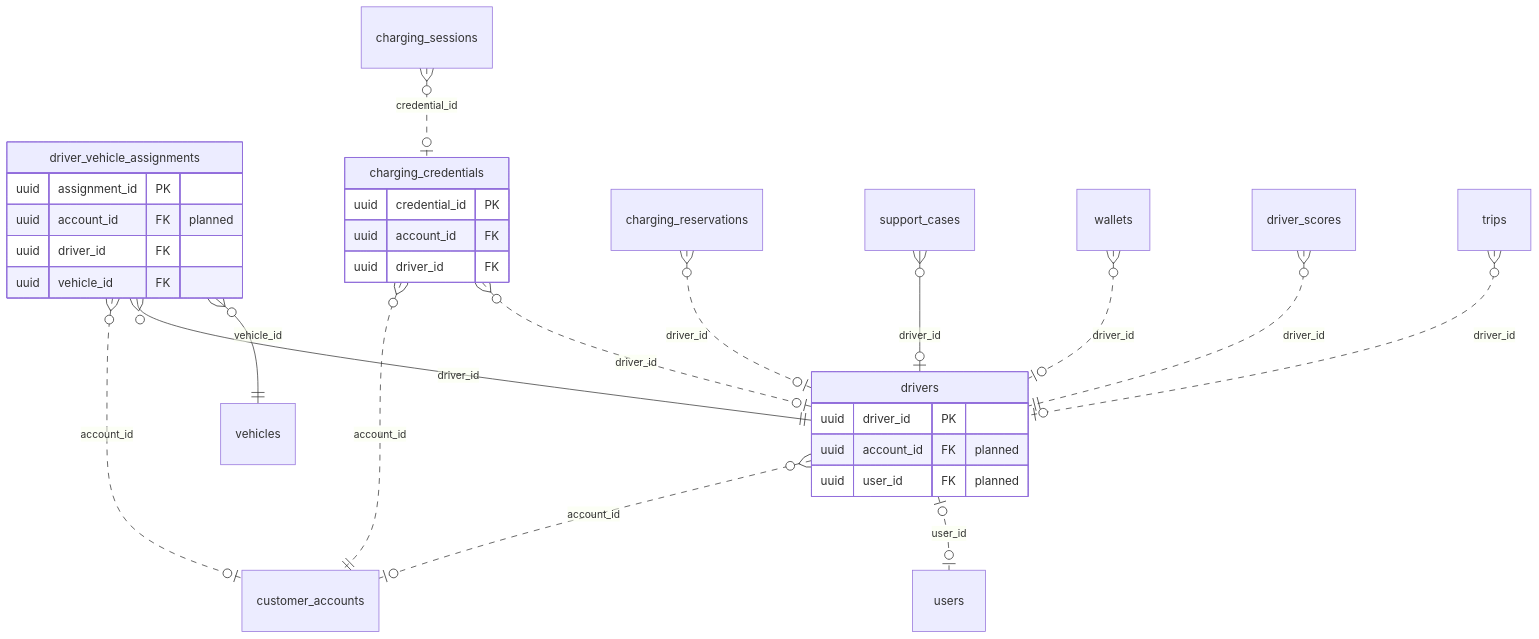
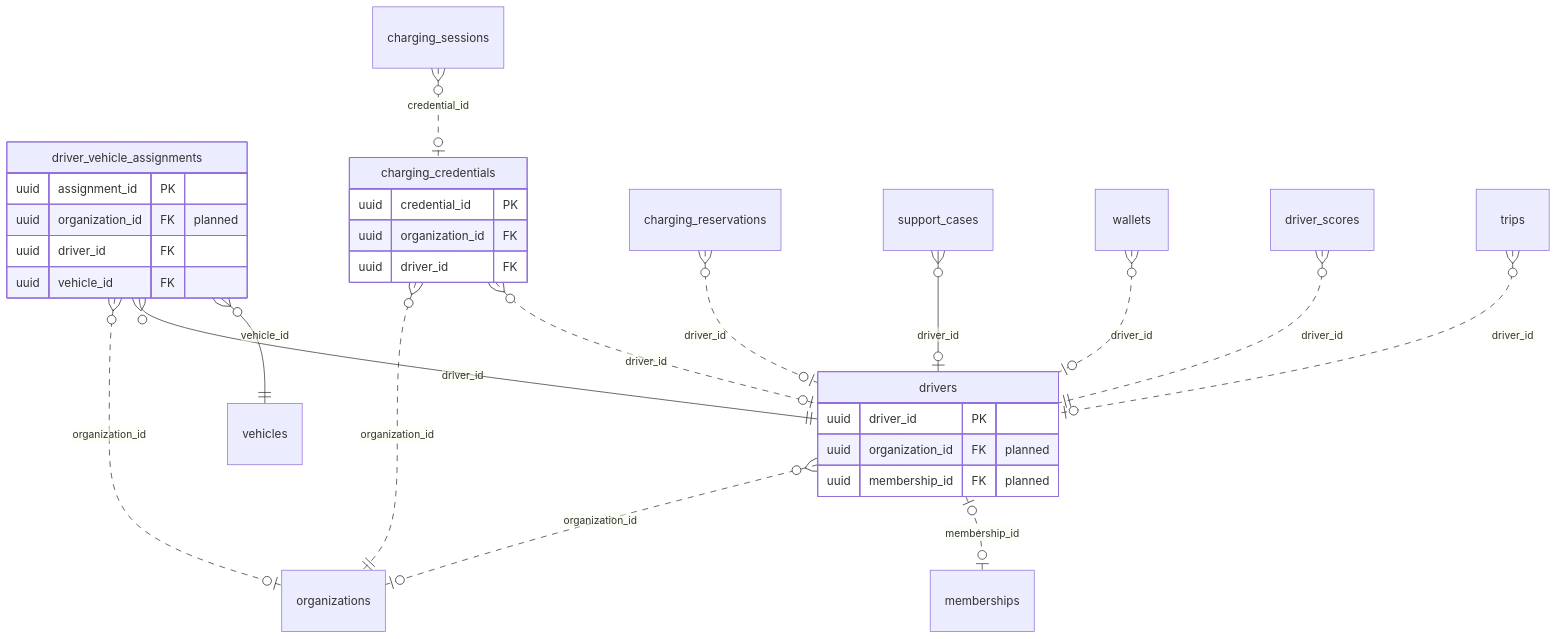
One commit to yolo-coccoc/G3Network-app changed the diagram in docs/01-requirements/domain-model/domains/drivers.md. Above: the diagram before and after it, drawn with Mermaid. The commit also changed other lines of this file and 20 other files, not shown here.

````diff
--- a/docs/01-requirements/domain-model/domains/drivers.md
+++ b/docs/01-requirements/domain-model/domains/drivers.md
@@ -17,32 +17,32 @@
 ```mermaid
 erDiagram
   drivers {
     uuid driver_id PK
-    uuid account_id FK "planned"
-    uuid user_id FK "planned"
+    uuid organization_id FK "planned"
+    uuid membership_id FK "planned"
   }
   driver_vehicle_assignments {
     uuid assignment_id PK
-    uuid account_id FK "planned"
+    uuid organization_id FK "planned"
     uuid driver_id FK
     uuid vehicle_id FK
   }
   charging_credentials {
     uuid credential_id PK
-    uuid account_id FK
+    uuid organization_id FK
     uuid driver_id FK
   }
-  drivers }o..o| customer_accounts : "account_id"
-  drivers |o..o| users : "user_id"
-  driver_vehicle_assignments }o..o| customer_accounts : "account_id"
+  drivers }o..o| organizations : "organization_id"
+  drivers |o..o| memberships : "membership_id"
+  driver_vehicle_assignments }o..o| organizations : "organization_id"
   driver_vehicle_assignments }o--|| drivers : "driver_id"
   driver_vehicle_assignments }o--|| vehicles : "vehicle_id"
-  charging_credentials }o..|| customer_accounts : "account_id"
+  charging_credentials }o..|| organizations : "organization_id"
   charging_credentials }o..o| drivers : "driver_id"
   charging_reservations }o..o| drivers : "driver_id"
   charging_sessions }o..o| charging_credentials : "credential_id"
   support_cases }o--o| drivers : "driver_id"
   wallets }o..o| drivers : "driver_id"
   driver_scores }o..|| drivers : "driver_id"
   trips }o..o| drivers : "driver_id"
 ```
````
